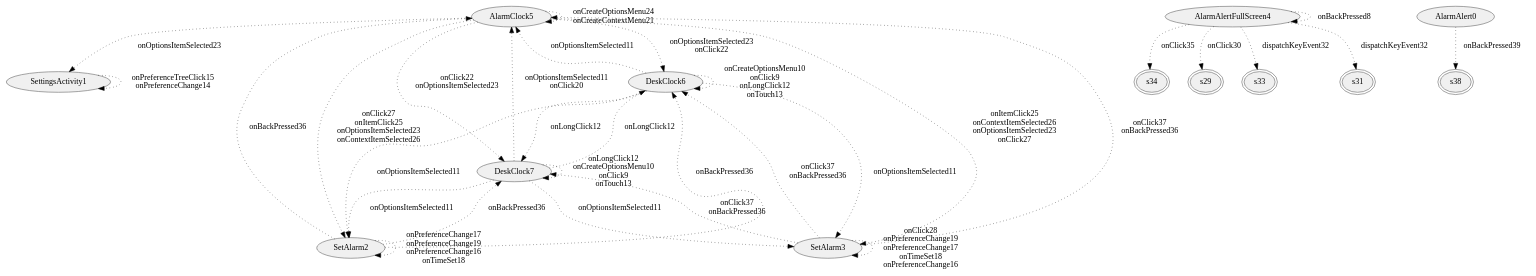
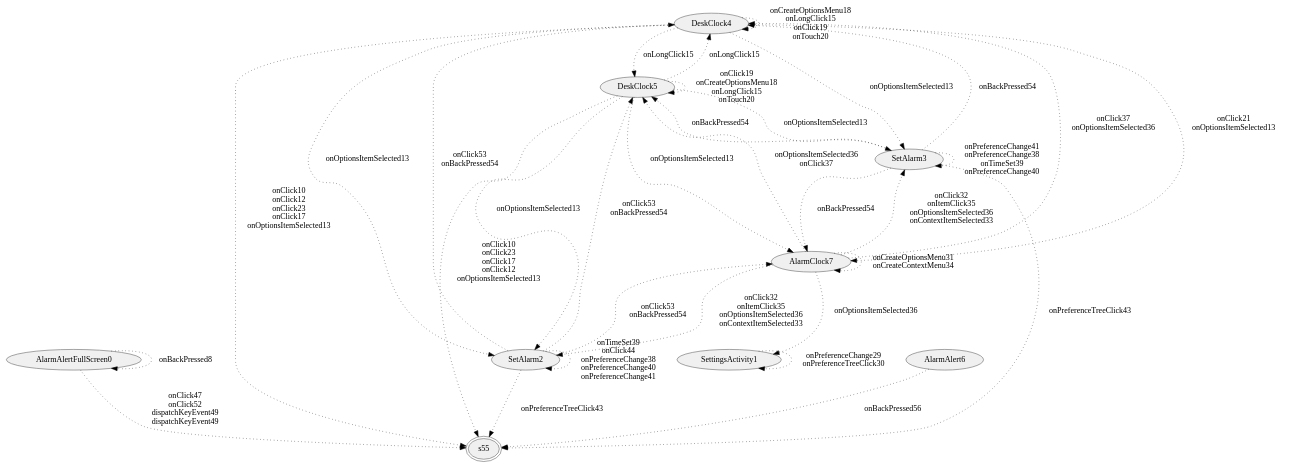
The diagram in graphviz/DeskClock.gv (hans89/astparser), drawn with Graphviz before and after one commit. The commit also changed 9 other files, not shown here.

```diff
--- a/graphviz/DeskClock.gv
+++ b/graphviz/DeskClock.gv
@@ -1,75 +1,83 @@
 digraph {
 fontname="Helvetica";
 node[style="filled,solid", colorscheme=greys3, fillcolor=1, color=3];
+AlarmAlertFullScreen0;
+DeskClock4;
+DeskClock5;
 SettingsActivity1;
-DeskClock6;
-s34[peripheries=2];
-DeskClock7;
+AlarmClock7;
+s55[peripheries=2];
+SetAlarm2;
 SetAlarm3;
-s29[peripheries=2];
-s33[peripheries=2];
-AlarmAlertFullScreen4;
-SetAlarm2;
-s31[peripheries=2];
-s38[peripheries=2];
-AlarmClock5;
-AlarmAlert0;
-AlarmAlertFullScreen4 -> s33[label="dispatchKeyEvent32",style=dotted];
-AlarmAlertFullScreen4 -> AlarmAlertFullScreen4[label="onBackPressed8",style=dotted];
-AlarmAlertFullScreen4 -> s34[label="onClick35",style=dotted];
-AlarmAlertFullScreen4 -> s31[label="dispatchKeyEvent32",style=dotted];
-AlarmAlertFullScreen4 -> s29[label="onClick30",style=dotted];
-SettingsActivity1 -> SettingsActivity1[label="onPreferenceTreeClick15
-onPreferenceChange14",style=dotted];
-DeskClock6 -> DeskClock6[label="onCreateOptionsMenu10
-onClick9
-onLongClick12
-onTouch13",style=dotted];
-DeskClock6 -> SetAlarm2[label="onOptionsItemSelected11",style=dotted];
-DeskClock6 -> DeskClock7[label="onLongClick12",style=dotted];
-DeskClock6 -> SetAlarm3[label="onOptionsItemSelected11",style=dotted];
-DeskClock6 -> AlarmClock5[label="onOptionsItemSelected11",style=dotted];
-SetAlarm2 -> DeskClock6[label="onBackPressed36",style=dotted];
-SetAlarm2 -> SetAlarm2[label="onPreferenceChange17
-onPreferenceChange19
-onPreferenceChange16
-onTimeSet18",style=dotted];
-SetAlarm2 -> DeskClock7[label="onBackPressed36",style=dotted];
-SetAlarm2 -> AlarmClock5[label="onBackPressed36",style=dotted];
-DeskClock7 -> DeskClock6[label="onLongClick12",style=dotted];
-DeskClock7 -> SetAlarm2[label="onOptionsItemSelected11",style=dotted];
-DeskClock7 -> DeskClock7[label="onLongClick12
-onCreateOptionsMenu10
-onClick9
-onTouch13",style=dotted];
-DeskClock7 -> SetAlarm3[label="onOptionsItemSelected11",style=dotted];
-DeskClock7 -> AlarmClock5[label="onOptionsItemSelected11
-onClick20",style=dotted];
-SetAlarm3 -> DeskClock6[label="onClick37
-onBackPressed36",style=dotted];
-SetAlarm3 -> DeskClock7[label="onClick37
-onBackPressed36",style=dotted];
-SetAlarm3 -> AlarmClock5[label="onClick37
-onBackPressed36",style=dotted];
-SetAlarm3 -> SetAlarm3[label="onClick28
-onPreferenceChange19
-onPreferenceChange17
-onTimeSet18
-onPreferenceChange16",style=dotted];
-AlarmClock5 -> SettingsActivity1[label="onOptionsItemSelected23",style=dotted];
-AlarmClock5 -> DeskClock6[label="onOptionsItemSelected23
-onClick22",style=dotted];
-AlarmClock5 -> SetAlarm2[label="onClick27
-onItemClick25
-onOptionsItemSelected23
-onContextItemSelected26",style=dotted];
-AlarmClock5 -> DeskClock7[label="onClick22
-onOptionsItemSelected23",style=dotted];
-AlarmClock5 -> AlarmClock5[label="onCreateOptionsMenu24
-onCreateContextMenu21",style=dotted];
-AlarmClock5 -> SetAlarm3[label="onItemClick25
-onContextItemSelected26
-onOptionsItemSelected23
-onClick27",style=dotted];
-AlarmAlert0 -> s38[label="onBackPressed39",style=dotted];
+AlarmAlert6;
+AlarmAlertFullScreen0 -> AlarmAlertFullScreen0[label="onBackPressed8",style=dotted];
+AlarmAlertFullScreen0 -> s55[label="onClick47
+onClick52
+dispatchKeyEvent49
+dispatchKeyEvent49",style=dotted];
+DeskClock4 -> DeskClock4[label="onCreateOptionsMenu18
+onLongClick15
+onClick19
+onTouch20",style=dotted];
+DeskClock4 -> DeskClock5[label="onLongClick15",style=dotted];
+DeskClock4 -> AlarmClock7[label="onClick21
+onOptionsItemSelected13",style=dotted];
+DeskClock4 -> s55[label="onClick10
+onClick12
+onClick23
+onClick17
+onOptionsItemSelected13",style=dotted];
+DeskClock4 -> SetAlarm2[label="onOptionsItemSelected13",style=dotted];
+DeskClock4 -> SetAlarm3[label="onOptionsItemSelected13",style=dotted];
+SettingsActivity1 -> SettingsActivity1[label="onPreferenceChange29
+onPreferenceTreeClick30",style=dotted];
+DeskClock5 -> DeskClock4[label="onLongClick15",style=dotted];
+DeskClock5 -> DeskClock5[label="onClick19
+onCreateOptionsMenu18
+onLongClick15
+onTouch20",style=dotted];
+DeskClock5 -> AlarmClock7[label="onOptionsItemSelected13",style=dotted];
+DeskClock5 -> s55[label="onClick10
+onClick23
+onClick17
+onClick12
+onOptionsItemSelected13",style=dotted];
+DeskClock5 -> SetAlarm2[label="onOptionsItemSelected13",style=dotted];
+DeskClock5 -> SetAlarm3[label="onOptionsItemSelected13",style=dotted];
+AlarmClock7 -> DeskClock4[label="onClick37
+onOptionsItemSelected36",style=dotted];
+AlarmClock7 -> SettingsActivity1[label="onOptionsItemSelected36",style=dotted];
+AlarmClock7 -> DeskClock5[label="onOptionsItemSelected36
+onClick37",style=dotted];
+AlarmClock7 -> AlarmClock7[label="onCreateOptionsMenu31
+onCreateContextMenu34",style=dotted];
+AlarmClock7 -> SetAlarm2[label="onClick32
+onItemClick35
+onOptionsItemSelected36
+onContextItemSelected33",style=dotted];
+AlarmClock7 -> SetAlarm3[label="onClick32
+onItemClick35
+onOptionsItemSelected36
+onContextItemSelected33",style=dotted];
+SetAlarm2 -> DeskClock4[label="onClick53
+onBackPressed54",style=dotted];
+SetAlarm2 -> DeskClock5[label="onClick53
+onBackPressed54",style=dotted];
+SetAlarm2 -> AlarmClock7[label="onClick53
+onBackPressed54",style=dotted];
+SetAlarm2 -> s55[label="onPreferenceTreeClick43",style=dotted];
+SetAlarm2 -> SetAlarm2[label="onTimeSet39
+onClick44
+onPreferenceChange38
+onPreferenceChange40
+onPreferenceChange41",style=dotted];
+SetAlarm3 -> DeskClock4[label="onBackPressed54",style=dotted];
+SetAlarm3 -> DeskClock5[label="onBackPressed54",style=dotted];
+SetAlarm3 -> AlarmClock7[label="onBackPressed54",style=dotted];
+SetAlarm3 -> s55[label="onPreferenceTreeClick43",style=dotted];
+SetAlarm3 -> SetAlarm3[label="onPreferenceChange41
+onPreferenceChange38
+onTimeSet39
+onPreferenceChange40",style=dotted];
+AlarmAlert6 -> s55[label="onBackPressed56",style=dotted];
 }
```
